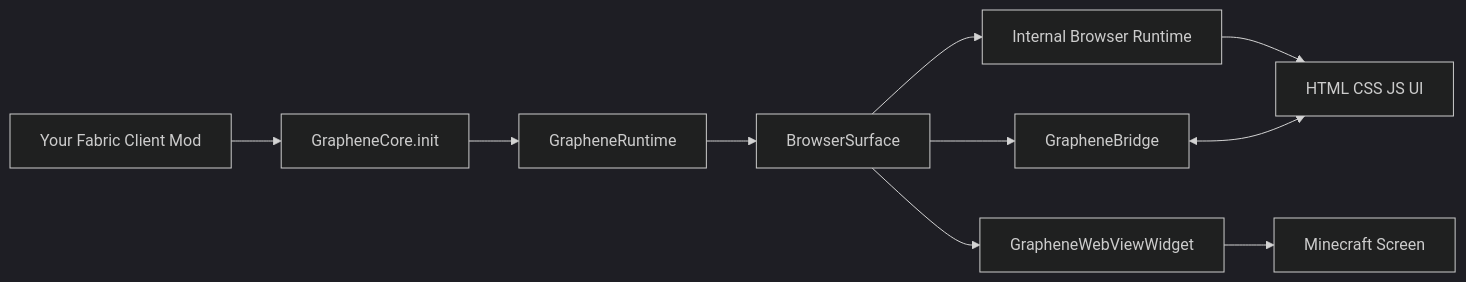
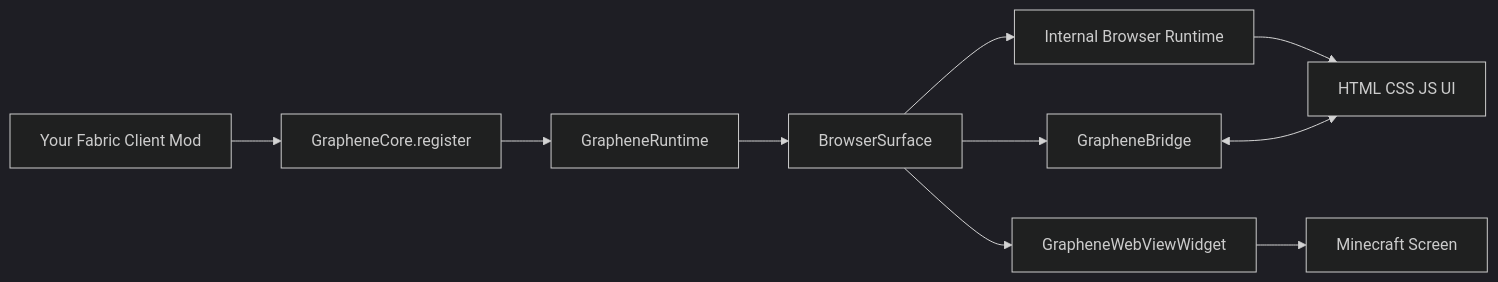
One commit to trethore/graphene changed the diagram in docs/overview.md. Above: the diagram before and after it, drawn with Mermaid (dark theme). The commit also changed other lines of this file and 13 other files, not shown here.

First line of the commit message:
feat: automatic start(), refractor init api to register, updated README and docs! (#13)

````diff
--- a/docs/overview.md
+++ b/docs/overview.md
@@ -19,12 +19,12 @@
 ```mermaid
 flowchart LR
-    A[Your Fabric Client Mod] --> B[GrapheneCore.init]
+    A[Your Fabric Client Mod] --> B[GrapheneCore.register]
     B --> C[GrapheneRuntime]
     C --> D[BrowserSurface]
     D --> E[Internal Browser Runtime]
     E --> F[HTML CSS JS UI]
     D --> G[GrapheneBridge]
     G <--> F
     D --> H[GrapheneWebViewWidget]
     H --> I[Minecraft Screen]
 ```
````
